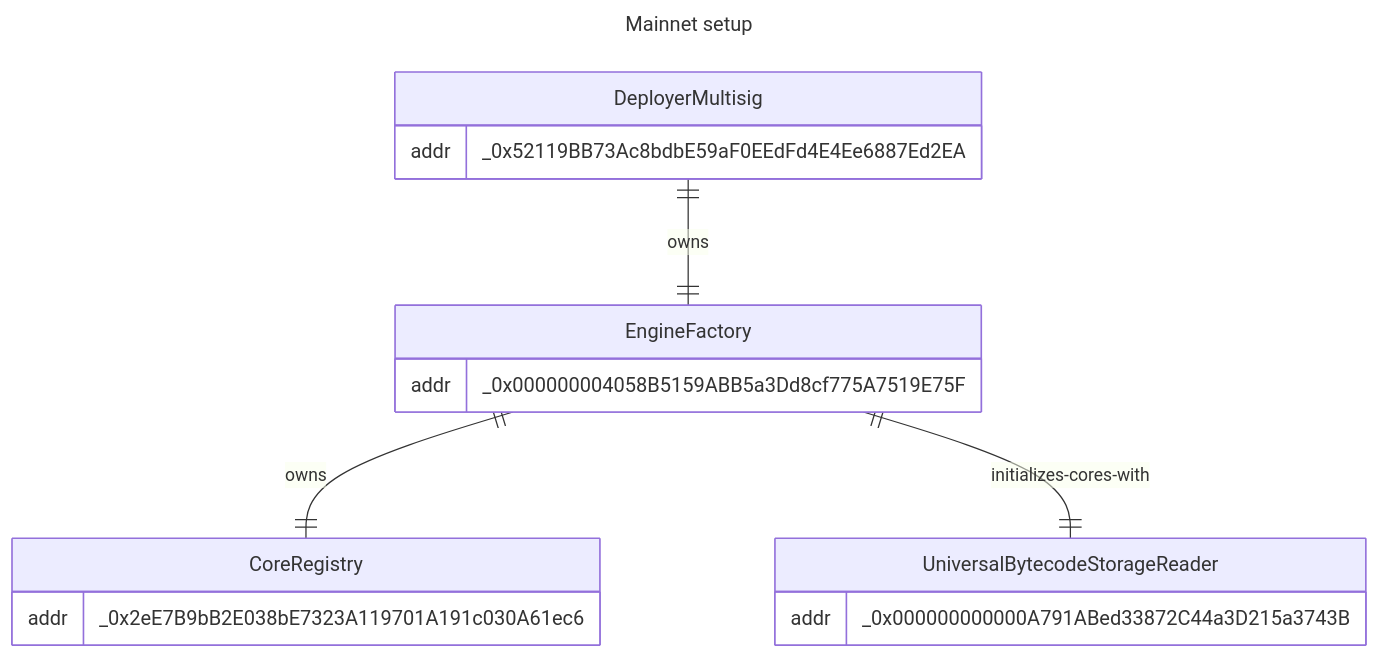
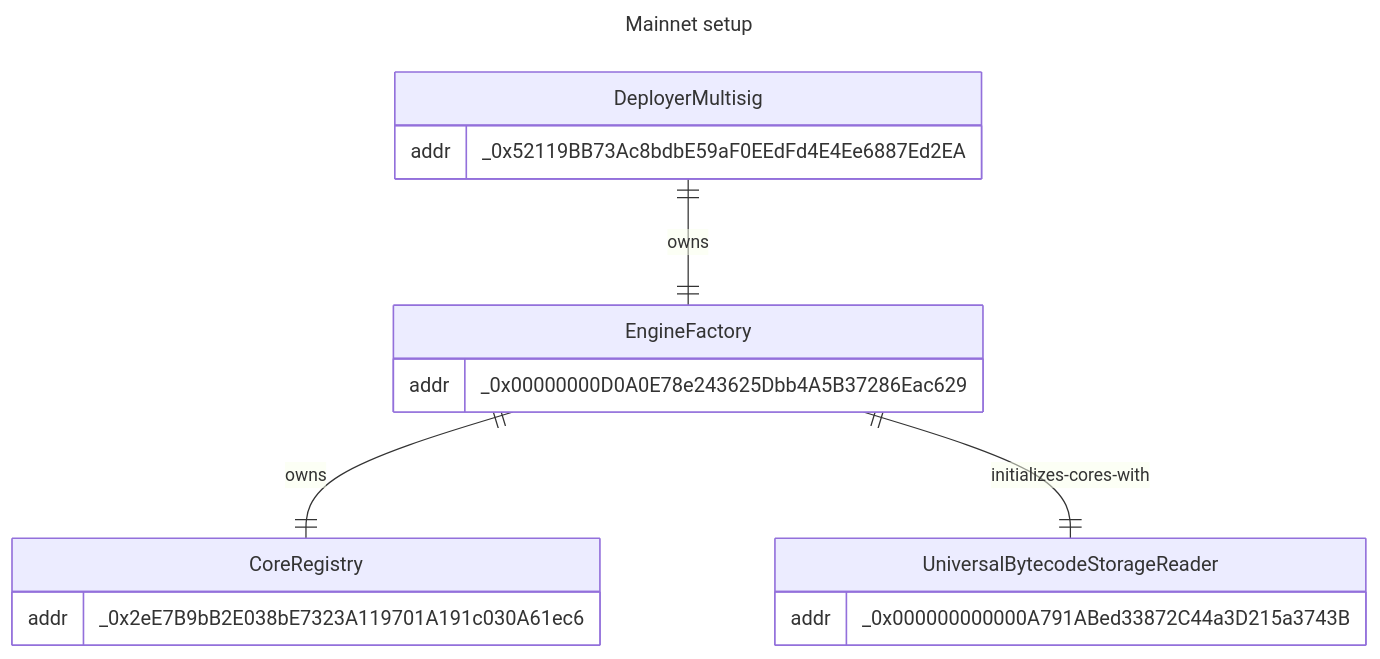
One commit to ArtBlocks/artblocks-contracts changed the first of 5 diagrams in packages/contracts/INFRASTRUCTURE.md. Above: the diagram before and after it, drawn with Mermaid. The commit also changed other lines of this file and 11 other files, not shown here.

````diff
--- a/packages/contracts/INFRASTRUCTURE.md
+++ b/packages/contracts/INFRASTRUCTURE.md
@@ -30,21 +30,21 @@
 ```mermaid
 ---
 title: Mainnet setup
 ---
 erDiagram
     DeployerMultisig ||--|| EngineFactory : owns
     EngineFactory ||--|| CoreRegistry : owns
     EngineFactory ||--|| UniversalBytecodeStorageReader : initializes-cores-with
     DeployerMultisig {
         addr _0x52119BB73Ac8bdbE59aF0EEdFd4E4Ee6887Ed2EA
     }
     EngineFactory {
-        addr _0x000000004058B5159ABB5a3Dd8cf775A7519E75F
+        addr _0x00000000D0A0E78e243625Dbb4A5B37286Eac629
     }
     CoreRegistry {
         addr _0x2eE7B9bB2E038bE7323A119701A191c030A61ec6
     }
     UniversalBytecodeStorageReader {
         addr _0x000000000000A791ABed33872C44a3D215a3743B
     }
 ```
````
